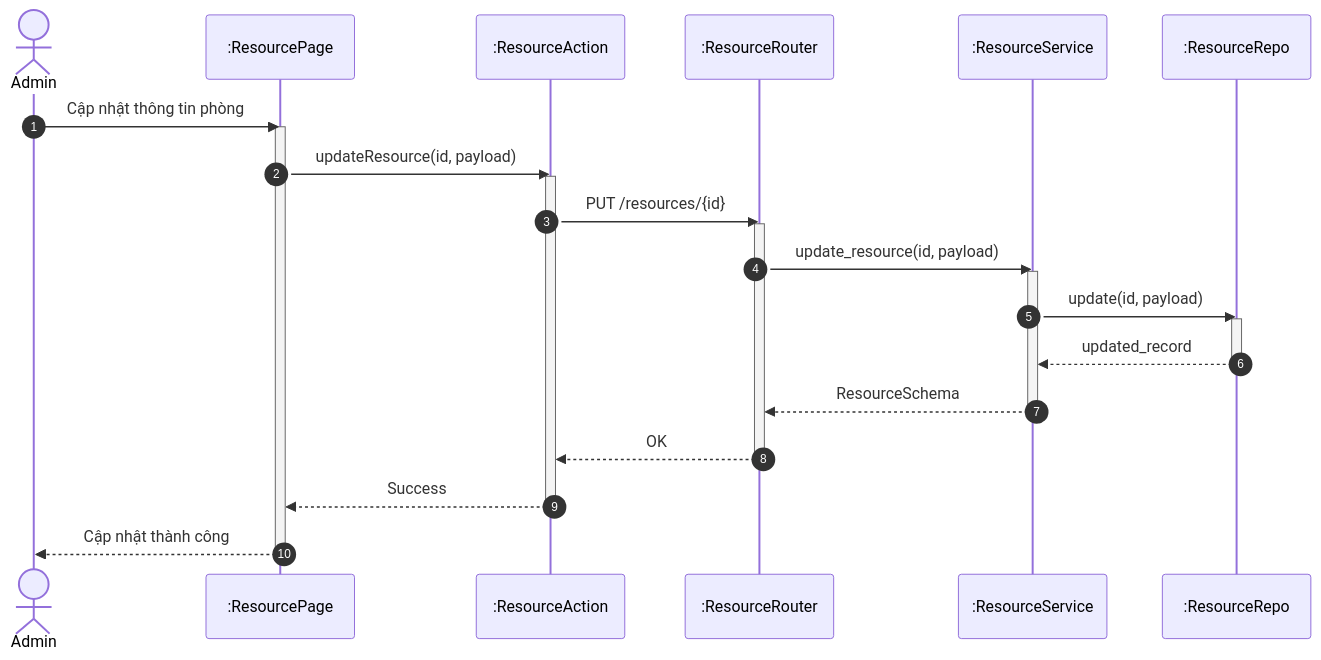
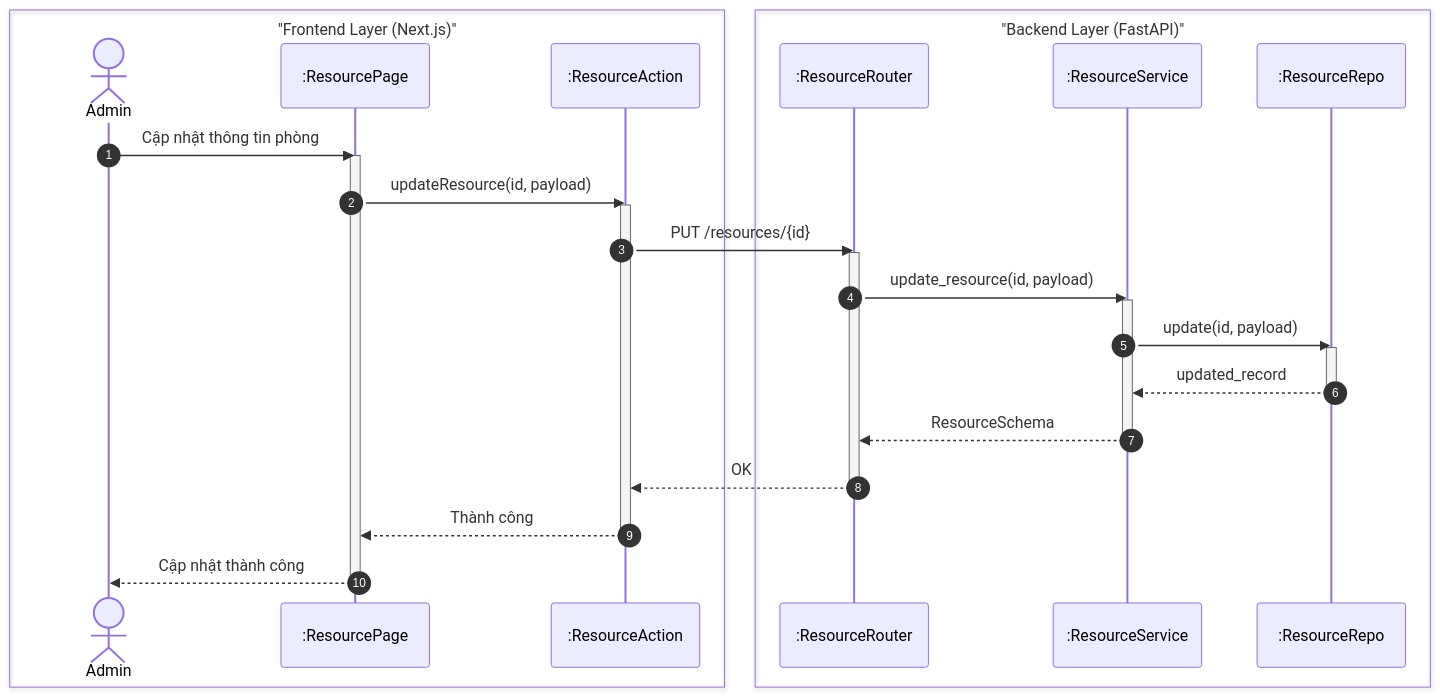
Before and after one commit to ngoctinn/Synapse: the second of 4 diagrams in docs/design/sequences/admin_flows.md, drawn with Mermaid. The commit also changed other lines of this file and 4 other files, not shown here.

Commit message:
docs: Add initial sequence diagrams for authentication, customer, technician, receptionist, and admin flows.

````diff
--- a/docs/design/sequences/admin_flows.md
+++ b/docs/design/sequences/admin_flows.md
@@ -70,38 +75,43 @@
 ```mermaid
 sequenceDiagram
     autonumber
-    actor AD as Admin
-    participant UI as :ResourcePage
-    participant BFF as :ResourceAction
-    participant API as :ResourceRouter
-    participant S as :ResourceService
-    participant DB as :ResourceRepo
+    box "Frontend Layer (Next.js)"
+        actor AD as Admin
+        participant UI as :ResourcePage
+        participant BFF as :ResourceAction
+    end
+
+    box "Backend Layer (FastAPI)"
+        participant API as :ResourceRouter
+        participant S as :ResourceService
+        participant DB as :ResourceRepo
+    end
 
     AD->>UI: Cập nhật thông tin phòng
     activate UI
     UI->>BFF: updateResource(id, payload)
     activate BFF
 
     BFF->>API: PUT /resources/{id}
     activate API
 
     API->>S: update_resource(id, payload)
     activate S
 
     S->>DB: update(id, payload)
     activate DB
     DB-->>S: updated_record
     deactivate DB
 
     S-->>API: ResourceSchema
     deactivate S
 
     API-->>BFF: OK
     deactivate API
 
-    BFF-->>UI: Success
+    BFF-->>UI: Thành công
     deactivate BFF
 
     UI-->>AD: Cập nhật thành công
     deactivate UI
 ```
````
